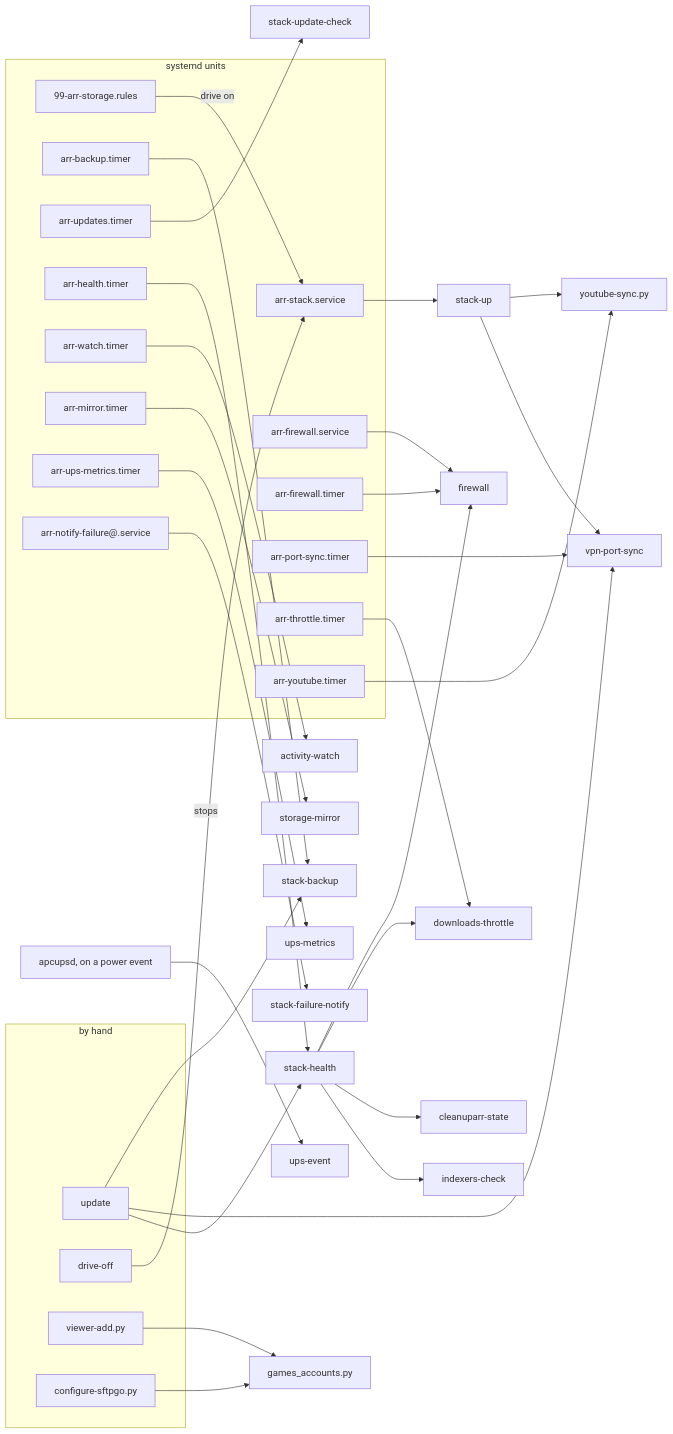
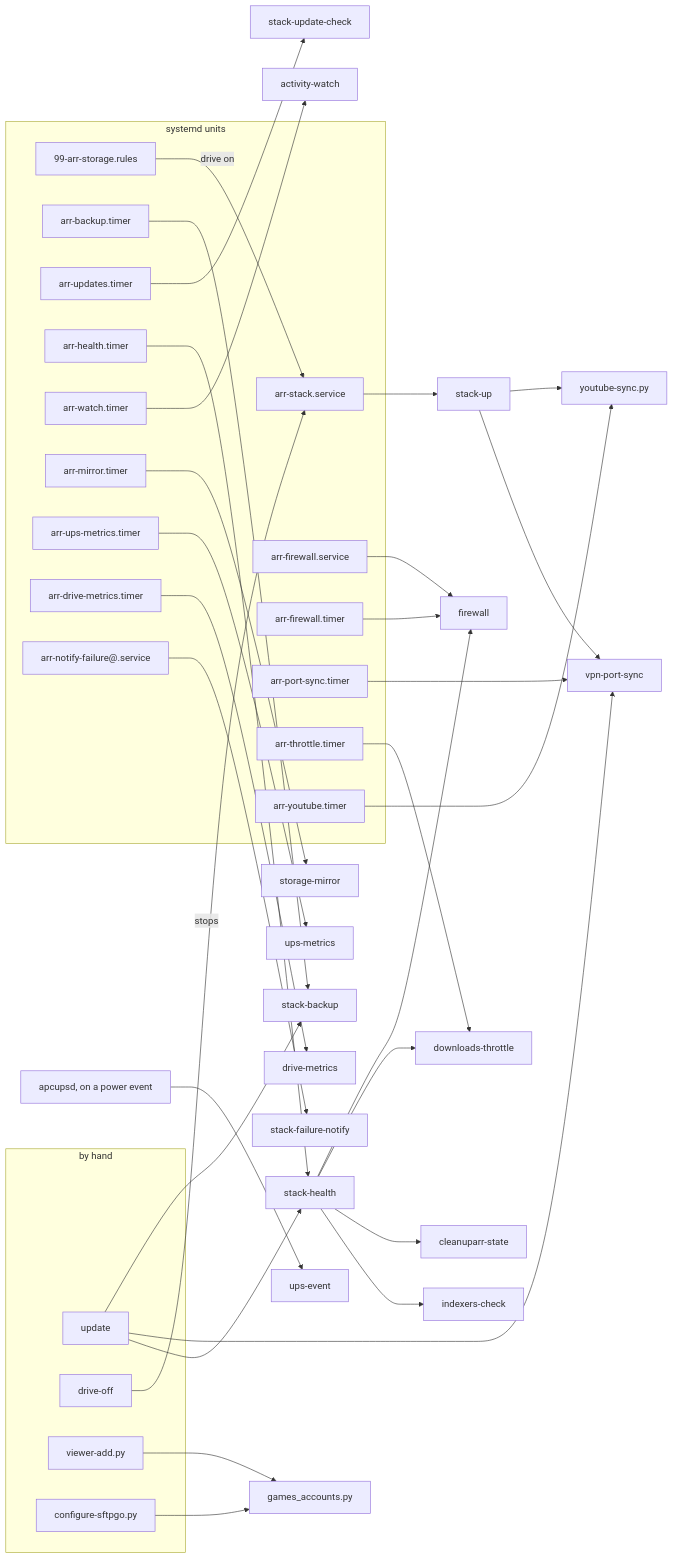
Before and after one commit to bugrauluyurt/homelab-media-stack: the diagram in docs/reference/scripts.md, drawn with Mermaid. The commit also changed other lines of this file and 24 other files, not shown here.

````diff
--- a/docs/reference/scripts.md
+++ b/docs/reference/scripts.md
@@ -70,52 +71,54 @@
 ```mermaid
 flowchart LR
   subgraph units["systemd units"]
     udev["99-arr-storage.rules"]
     stacksvc["arr-stack.service"]
     fwsvc["arr-firewall.service"]
     fwtimer["arr-firewall.timer"]
     porttimer["arr-port-sync.timer"]
     backuptimer["arr-backup.timer"]
     updtimer["arr-updates.timer"]
     healthtimer["arr-health.timer"]
     watchtimer["arr-watch.timer"]
     throttletimer["arr-throttle.timer"]
     yttimer["arr-youtube.timer"]
     mirrortimer["arr-mirror.timer"]
     upstimer["arr-ups-metrics.timer"]
+    drivetimer["arr-drive-metrics.timer"]
     failsvc["arr-notify-failure@.service"]
   end
   subgraph hand["by hand"]
     update["update"]
     storageoff["drive-off"]
     addviewer["viewer-add.py"]
     confsftpgo["configure-sftpgo.py"]
   end
   udev -->|"drive on"| stacksvc
   stacksvc --> stackup["stack-up"]
   fwsvc --> firewall["firewall"]
   fwtimer --> firewall
   porttimer --> syncport["vpn-port-sync"]
   backuptimer --> backup["stack-backup"]
   updtimer --> checkupd["stack-update-check"]
   healthtimer --> health["stack-health"]
   watchtimer --> watch["activity-watch"]
   throttletimer --> throttle["downloads-throttle"]
   yttimer --> youtube["youtube-sync.py"]
   mirrortimer --> mirror["storage-mirror"]
   upstimer --> upsmetrics["ups-metrics"]
+  drivetimer --> drivemetrics["drive-metrics"]
   apcupsd["apcupsd, on a power event"] --> upsevent["ups-event"]
   failsvc --> notifyfail["stack-failure-notify"]
   stackup --> youtube
   stackup --> syncport
   update --> backup
   update --> syncport
   update --> health
   storageoff -->|"stops"| stacksvc
   health --> firewall
   health --> throttle
   health --> cstate["cleanuparr-state"]
   health --> checkidx["indexers-check"]
   addviewer --> games["games_accounts.py"]
   confsftpgo --> games
 ```
````
